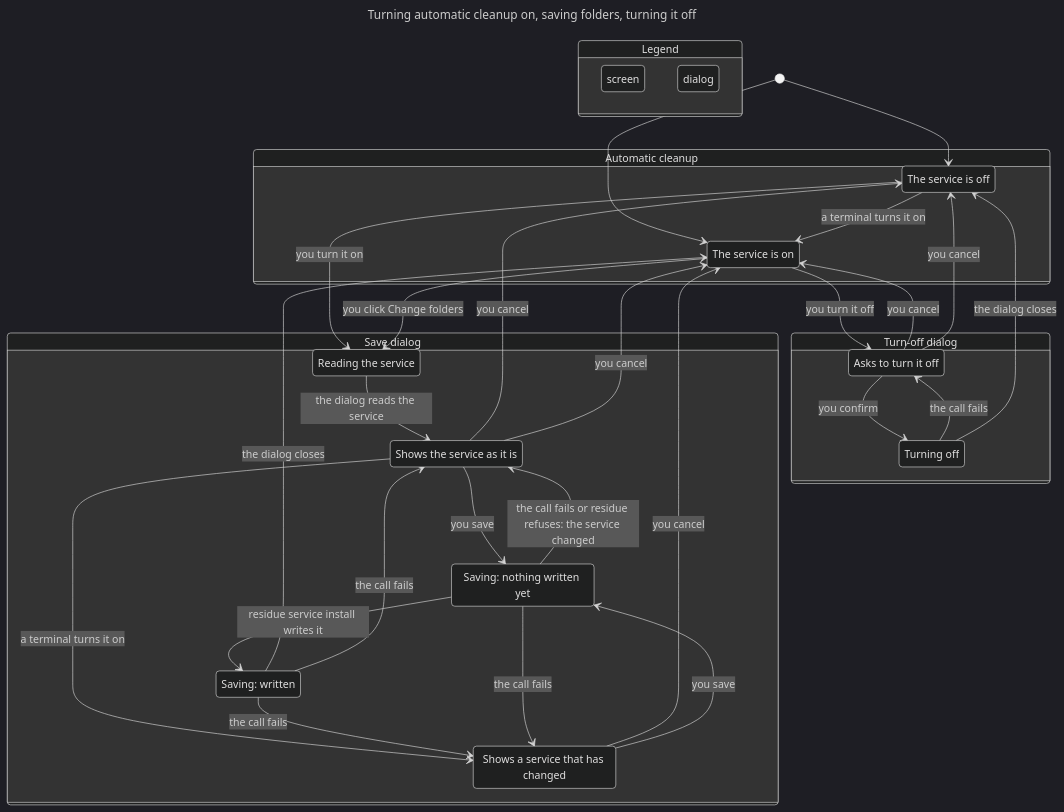
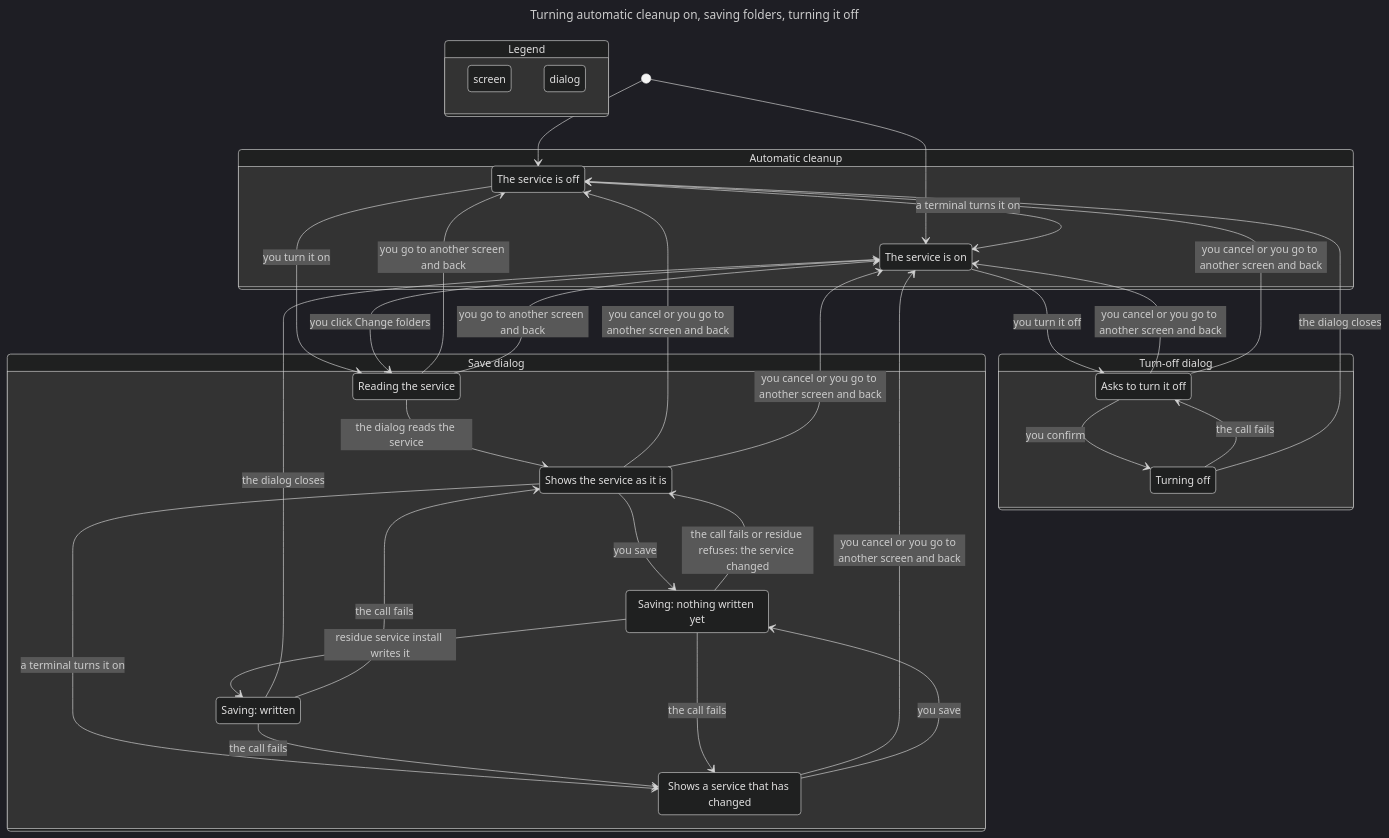
One commit to whiteheap/residue-desktop changed the diagram in .agents/skills/verify-confirm-flows/model/save.mmd. Above: the diagram before and after it, drawn with Mermaid (dark theme). The commit also changed 14 other files, not shown here.

```diff
--- a/.agents/skills/verify-confirm-flows/model/save.mmd
+++ b/.agents/skills/verify-confirm-flows/model/save.mmd
@@ -1,58 +1,60 @@
 ---
 title: "Turning automatic cleanup on, saving folders, turning it off"
 ---
 stateDiagram-v2
   state "Legend" as legend {
     lg0: screen
     lg1: dialog
   }
   class lg0 teal
   class lg1 blue
   state "Automatic cleanup" as s0 {
     s1: The service is off
     s2: The service is on
   }
   state "Save dialog" as s3 {
     s4: Reading the service
     s5: Shows the service as it is
     s6: Saving: nothing written yet
     s7: Shows a service that has changed
     s8: Saving: written
   }
   state "Turn-off dialog" as s9 {
     s10: Asks to turn it off
     s11: Turning off
   }
   [*] --> s1
   [*] --> s2
   s1 --> s2: a terminal turns it on
   s1 --> s4: you turn it on
   s2 --> s10: you turn it off
   s2 --> s4: you click Change folders
   s4 --> s5: the dialog reads the service
-  s10 --> s2: you cancel
+  s4 --> s1: you go to another screen and back
+  s10 --> s2: you cancel or you go to another screen and back
   s10 --> s11: you confirm
-  s5 --> s1: you cancel
+  s4 --> s2: you go to another screen and back
+  s5 --> s1: you cancel or you go to another screen and back
   s5 --> s6: you save
   s5 --> s7: a terminal turns it on
-  s5 --> s2: you cancel
+  s5 --> s2: you cancel or you go to another screen and back
   s11 --> s10: the call fails
-  s11 --> s1: the dialog closes
-  s7 --> s2: you cancel
+  s7 --> s2: you cancel or you go to another screen and back
   s7 --> s6: you save
   s6 --> s5: the call fails or residue refuses: the service changed
-  s10 --> s1: you cancel
   s6 --> s8: residue service install writes it
+  s11 --> s1: the dialog closes
+  s10 --> s1: you cancel or you go to another screen and back
   s8 --> s7: the call fails
   s8 --> s2: the dialog closes
   s8 --> s5: the call fails
   s6 --> s7: the call fails
   class s1 teal
   class s2 teal
   class s4 blue
   class s5 blue
   class s6 blue
   class s7 blue
   class s8 blue
   class s10 blue
   class s11 blue
```
